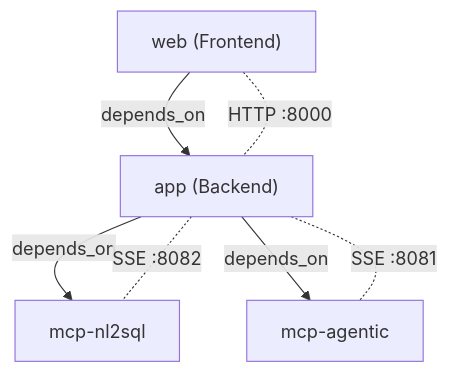
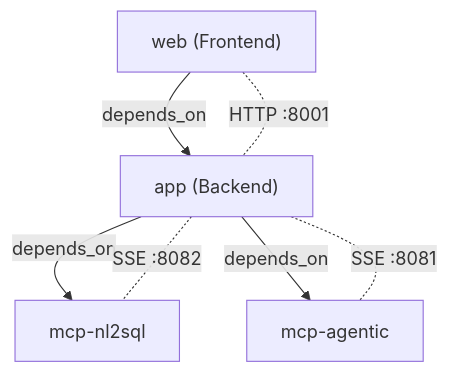
Before and after one commit to ashwsrin/talk2data: the diagram in MICROSERVICES_GUIDE.md, drawn with Mermaid. The commit also changed other lines of this file and 5 other files, not shown here.

````diff
--- a/MICROSERVICES_GUIDE.md
+++ b/MICROSERVICES_GUIDE.md
@@ -156,10 +156,10 @@
 ```mermaid
 graph TD
     WEB["web (Frontend)"] -->|"depends_on"| APP["app (Backend)"]
     APP -->|"depends_on"| NL2SQL["mcp-nl2sql"]
     APP -->|"depends_on"| AGENTIC["mcp-agentic"]
     
-    WEB -.-|"HTTP :8000"| APP
+    WEB -.-|"HTTP :8001"| APP
     APP -.-|"SSE :8082"| NL2SQL
     APP -.-|"SSE :8081"| AGENTIC
 ```
````
